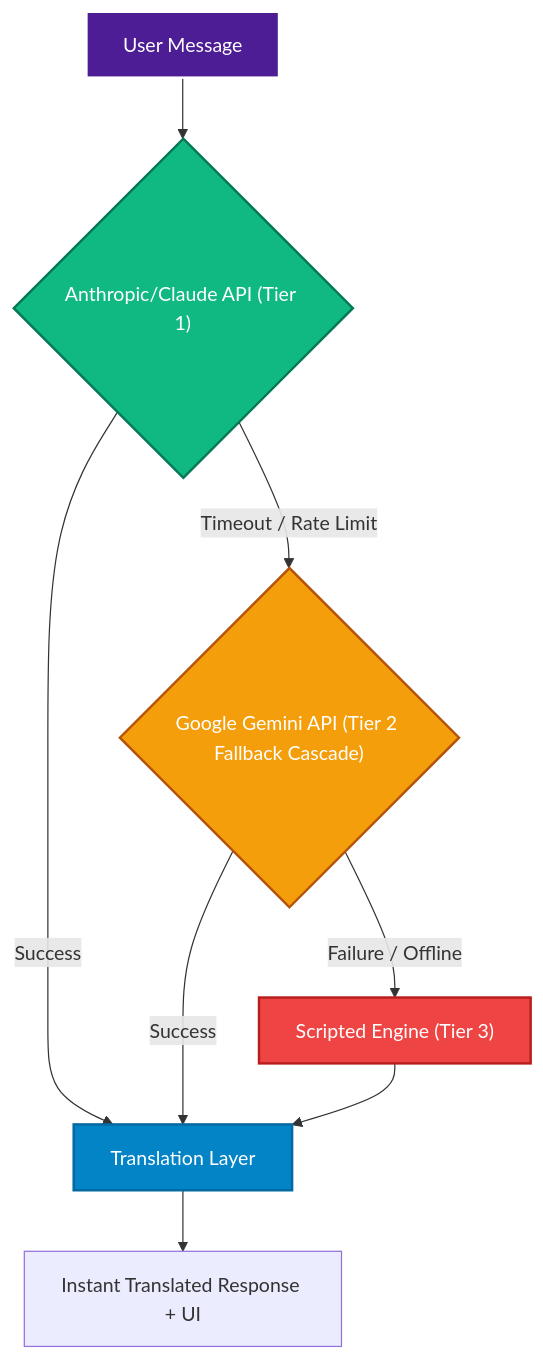
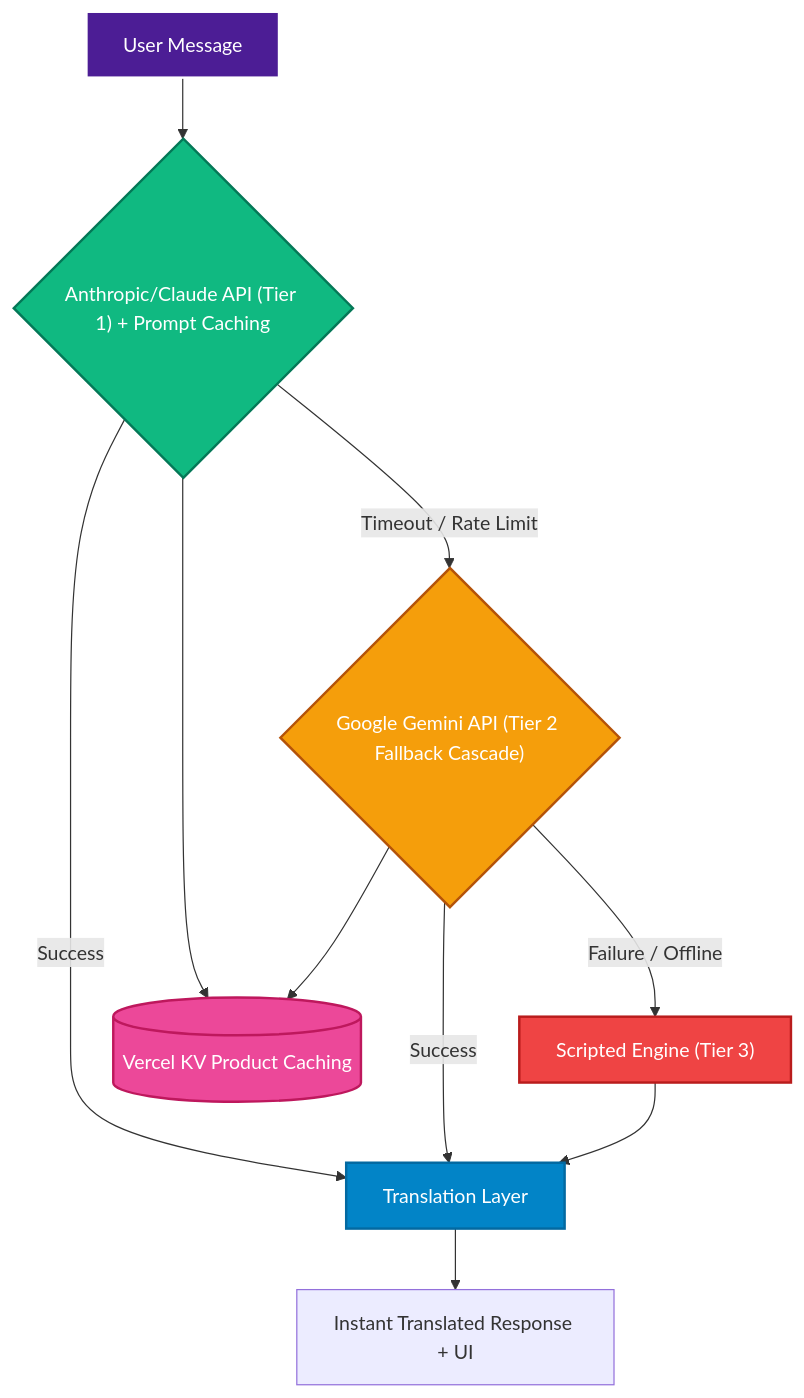
One commit to LasaKaru/kapri changed the third of 6 diagrams in submition/presentation_script.md. Above: the diagram before and after it, drawn with Mermaid. The commit also changed other lines of this file and 1 other file, not shown here.

````diff
--- a/submition/presentation_script.md
+++ b/submition/presentation_script.md
@@ -59,16 +61,20 @@
 ```mermaid
 graph TD
-    A["User Message"] --> B{"Anthropic/Claude API (Tier 1)"}
+    A["User Message"] --> B{"Anthropic/Claude API (Tier 1) + Prompt Caching"}
     B -- Success --> TRANS["Translation Layer"]
     B -- "Timeout / Rate Limit" --> D{"Google Gemini API (Tier 2 Fallback Cascade)"}
     D -- Success --> TRANS
     D -- "Failure / Offline" --> E["Scripted Engine (Tier 3)"]
     E --> TRANS
     TRANS --> F["Instant Translated Response + UI"]
     
+    B --> KV[(Vercel KV Product Caching)]
+    D --> KV
+    
     style A fill:#4c1d95,stroke:#fff,stroke-width:2px,color:#fff
     style B fill:#10b981,stroke:#047857,stroke-width:2px,color:#fff
     style D fill:#f59e0b,stroke:#b45309,stroke-width:2px,color:#fff
     style E fill:#ef4444,stroke:#b91c1c,stroke-width:2px,color:#fff
     style TRANS fill:#0284c7,stroke:#0369a1,stroke-width:2px,color:#fff
+    style KV fill:#ec4899,stroke:#be185d,stroke-width:2px,color:#fff
 ```
````
